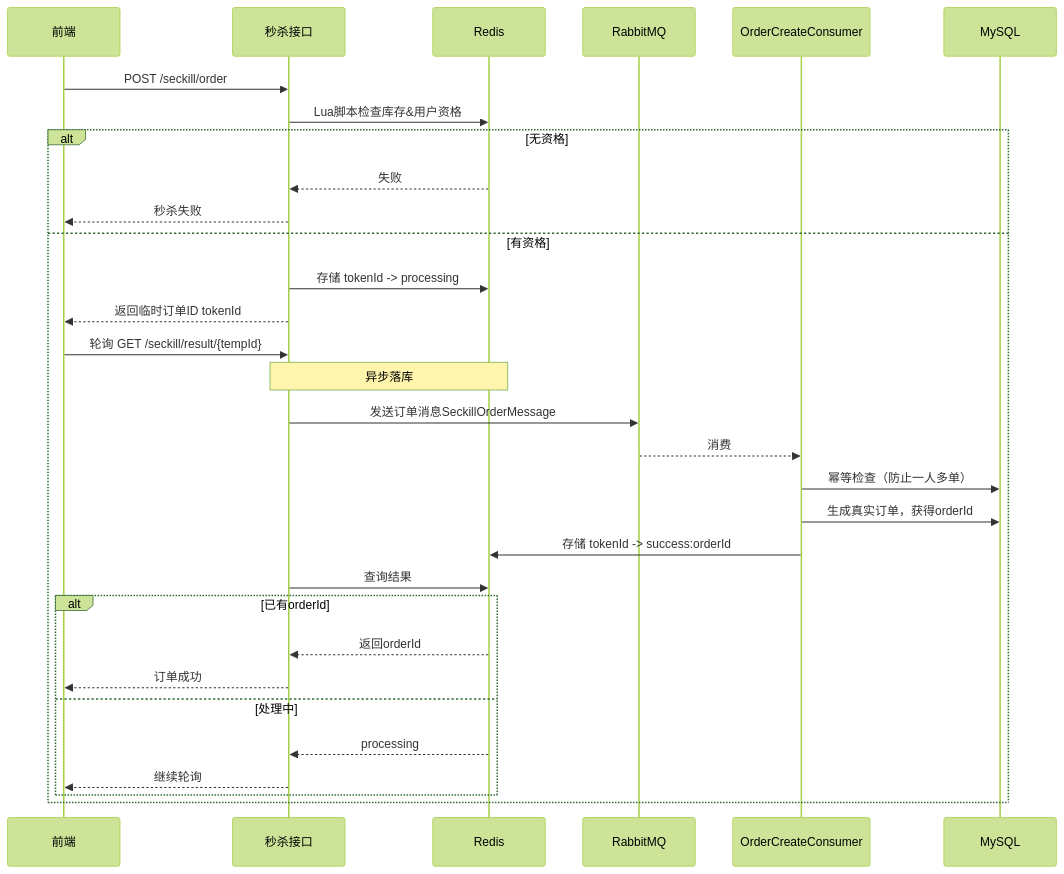
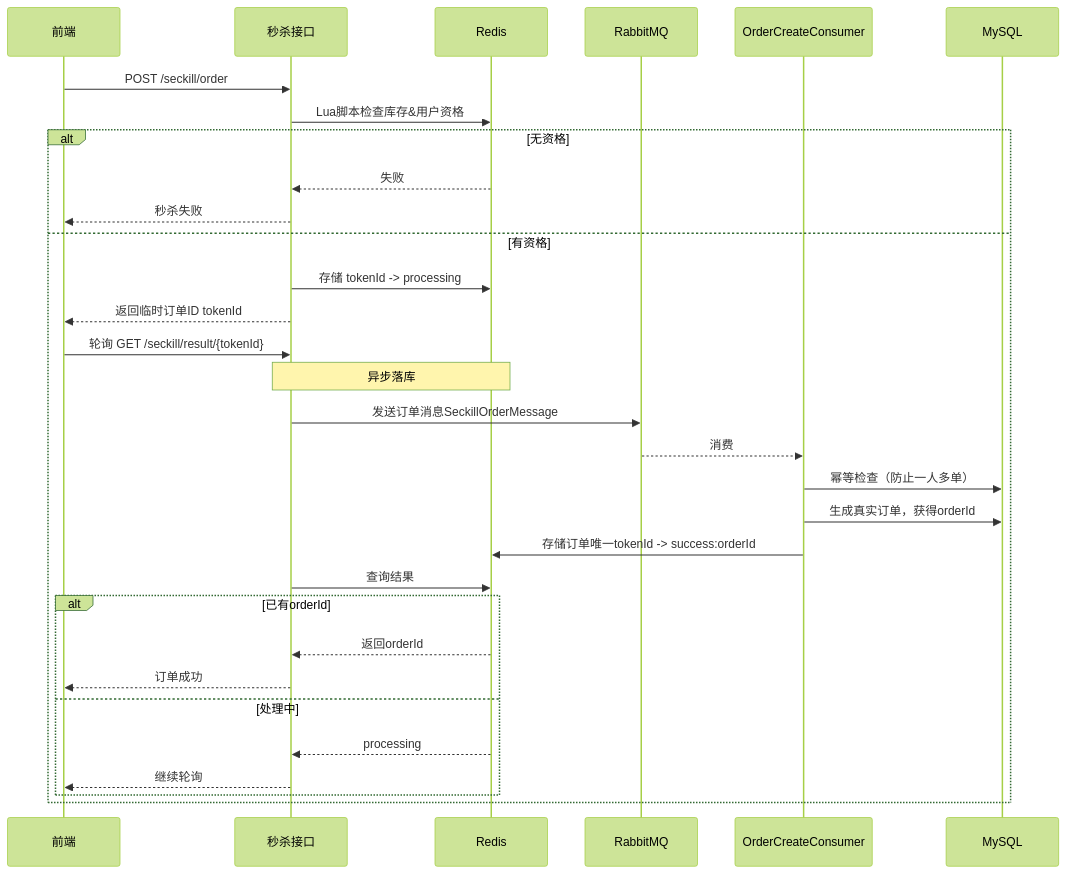
One commit to LongTouDaxia/longtou-plus changed the first of 2 diagrams in README.md. Above: the diagram before and after it, drawn with Mermaid (forest theme). The commit also changed other lines of this file, not shown here.

````diff
--- a/README.md
+++ b/README.md
@@ -32,34 +32,34 @@
 ```mermaid
 sequenceDiagram
     participant User as 前端
     participant API as 秒杀接口
     participant Redis as Redis
     participant MQ as RabbitMQ
     participant Consumer as OrderCreateConsumer
     participant DB as MySQL
 
     User->>API: POST /seckill/order
     API->>Redis: Lua脚本检查库存&用户资格
     alt 无资格
         Redis-->>API: 失败
         API-->>User: 秒杀失败
     else 有资格
         API->>Redis: 存储 tokenId -> processing
         API-->>User: 返回临时订单ID tokenId
-        User->>API: 轮询 GET /seckill/result/{tempId}
+        User->>API: 轮询 GET /seckill/result/{tokenId}
         Note over API,Redis: 异步落库
         API->>MQ: 发送订单消息SeckillOrderMessage
         MQ-->>Consumer: 消费
         Consumer->>DB: 幂等检查（防止一人多单）
         Consumer->>DB: 生成真实订单，获得orderId
-        Consumer->>Redis: 存储 tokenId -> success:orderId
+        Consumer->>Redis: 存储订单唯一tokenId -> success:orderId
         API->>Redis: 查询结果
         alt 已有orderId
             Redis-->>API: 返回orderId
             API-->>User: 订单成功
         else 处理中
             Redis-->>API: processing
             API-->>User: 继续轮询
         end
     end
 ```
````
